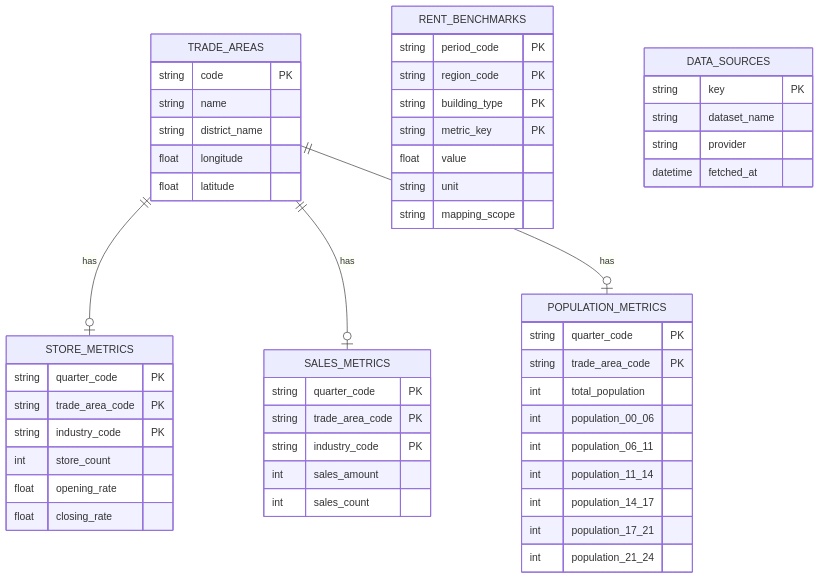
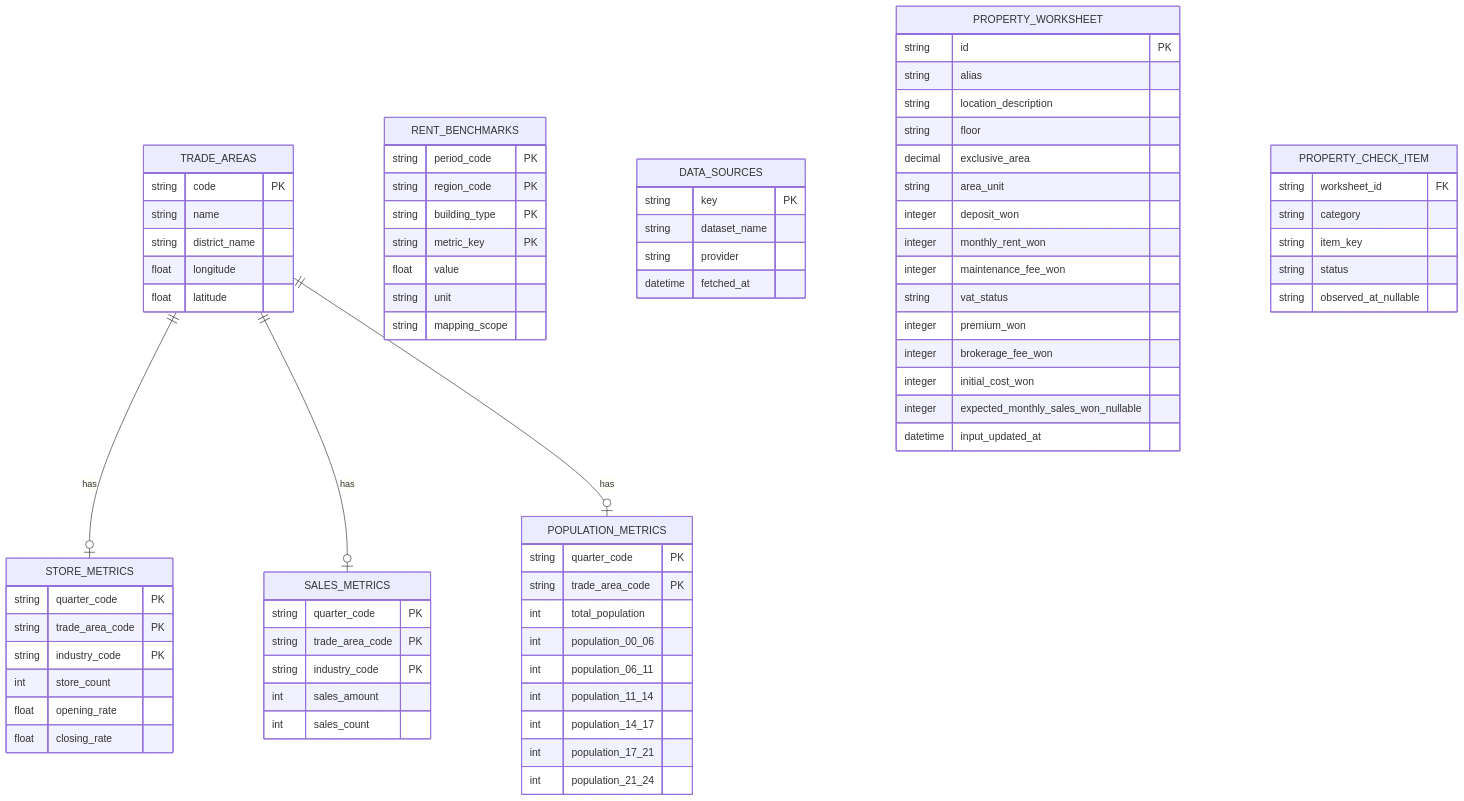
The second of 2 diagrams in docs/architecture.md (Dajeong0315/golmok-radar), drawn with Mermaid before and after one commit. The commit also changed other lines of this file and 6 other files, not shown here.

Commit message:
docs: design phase 19 property worksheet

````diff
--- a/docs/architecture.md
+++ b/docs/architecture.md
@@ -21,54 +21,78 @@
 ```mermaid
 erDiagram
     TRADE_AREAS ||--o| STORE_METRICS : has
     TRADE_AREAS ||--o| SALES_METRICS : has
     TRADE_AREAS ||--o| POPULATION_METRICS : has
     RENT_BENCHMARKS {
         string period_code PK
         string region_code PK
         string building_type PK
         string metric_key PK
         float value
         string unit
         string mapping_scope
     }
     DATA_SOURCES {
         string key PK
         string dataset_name
         string provider
         datetime fetched_at
     }
     TRADE_AREAS {
         string code PK
         string name
         string district_name
         float longitude
         float latitude
     }
     STORE_METRICS {
         string quarter_code PK
         string trade_area_code PK
         string industry_code PK
         int store_count
         float opening_rate
         float closing_rate
     }
     SALES_METRICS {
         string quarter_code PK
         string trade_area_code PK
         string industry_code PK
         int sales_amount
         int sales_count
     }
     POPULATION_METRICS {
         string quarter_code PK
         string trade_area_code PK
         int total_population
         int population_00_06
         int population_06_11
         int population_11_14
         int population_14_17
         int population_17_21
         int population_21_24
     }
+    PROPERTY_WORKSHEET {
+        string id PK
+        string alias
+        string location_description
+        string floor
+        decimal exclusive_area
+        string area_unit
+        integer deposit_won
+        integer monthly_rent_won
+        integer maintenance_fee_won
+        string vat_status
+        integer premium_won
+        integer brokerage_fee_won
+        integer initial_cost_won
+        integer expected_monthly_sales_won_nullable
+        datetime input_updated_at
+    }
+    PROPERTY_CHECK_ITEM {
+        string worksheet_id FK
+        string category
+        string item_key
+        string status
+        string observed_at_nullable
+    }
 ```
````
